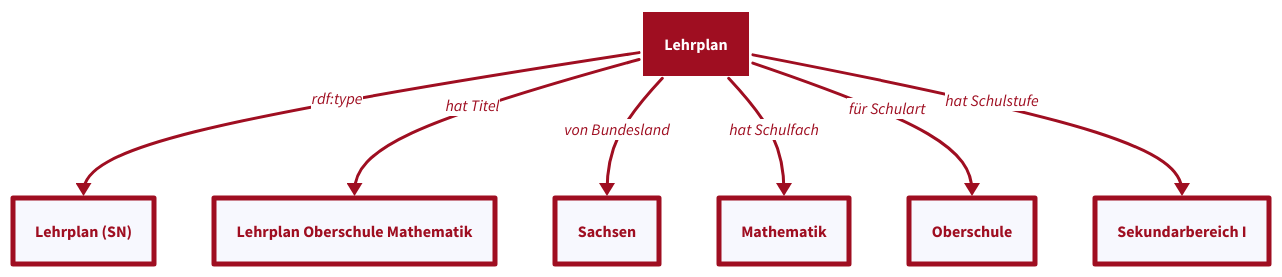
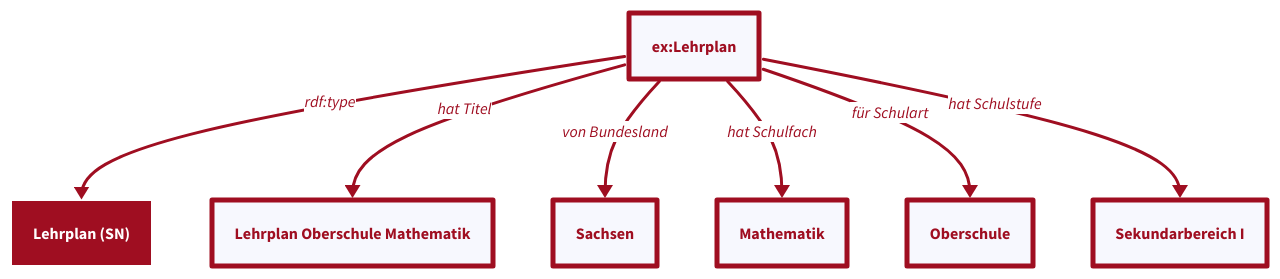
Before and after one commit to FWU-DE/lehrplan-ontologie: the second of 8 diagrams in docs/patterns.md, drawn with D2. The commit also changed other lines of this file and 4 other files, not shown here.

```diff
--- a/docs/patterns.md
+++ b/docs/patterns.md
@@ -34,9 +65,10 @@
 
 Lehrplan (SN): {
   style: {
-    stroke: "#9F0E21"
-    stroke-width: 5
-    font-color: "#9F0E21"
+    font-color: white
+    opacity: 1
+    fill: "#9F0E21"
+    stroke: white
   }
 }
 
@@ -56,16 +88,15 @@
   }
 }
 
-Lehrplan: {
+"ex:Lehrplan": {
   style: {
-    font-color: white
-    opacity: 1
-    fill: "#9F0E21"
-    stroke: white
+    stroke: "#9F0E21"
+    stroke-width: 5
+    font-color: "#9F0E21"
   }
 }
 
-Lehrplan -> Lehrplan (SN): rdf:type {
+"ex:Lehrplan" -> Lehrplan (SN): rdf:type {
   style: {
     stroke: "#9F0E21"
     stroke-width: 3
@@ -73,7 +104,7 @@
   }
 }
 
-Lehrplan -> Lehrplan Oberschule Mathematik: hat Titel {
+"ex:Lehrplan" -> Lehrplan Oberschule Mathematik: hat Titel {
   style: {
     stroke: "#9F0E21"
     stroke-width: 3
@@ -81,7 +112,7 @@
   }
 }
 
-Lehrplan -> Sachsen: von Bundesland {
+"ex:Lehrplan" -> Sachsen: von Bundesland {
   style: {
     stroke: "#9F0E21"
     stroke-width: 3
@@ -89,7 +120,7 @@
   }
 }
 
-Lehrplan -> Mathematik: hat Schulfach {
+"ex:Lehrplan" -> Mathematik: hat Schulfach {
   style: {
     stroke: "#9F0E21"
     stroke-width: 3
@@ -97,7 +128,7 @@
   }
 }
 
-Lehrplan -> Oberschule: für Schulart {
+"ex:Lehrplan" -> Oberschule: für Schulart {
   style: {
     stroke: "#9F0E21"
     stroke-width: 3
@@ -105,7 +136,7 @@
   }
 }
 
-Lehrplan -> Sekundarbereich I: hat Schulstufe {
+"ex:Lehrplan" -> Sekundarbereich I: hat Schulstufe {
   style: {
     stroke: "#9F0E21"
     stroke-width: 3
```
